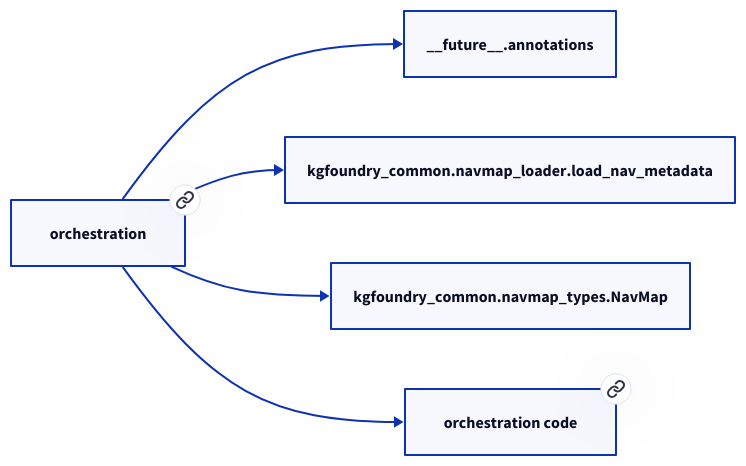
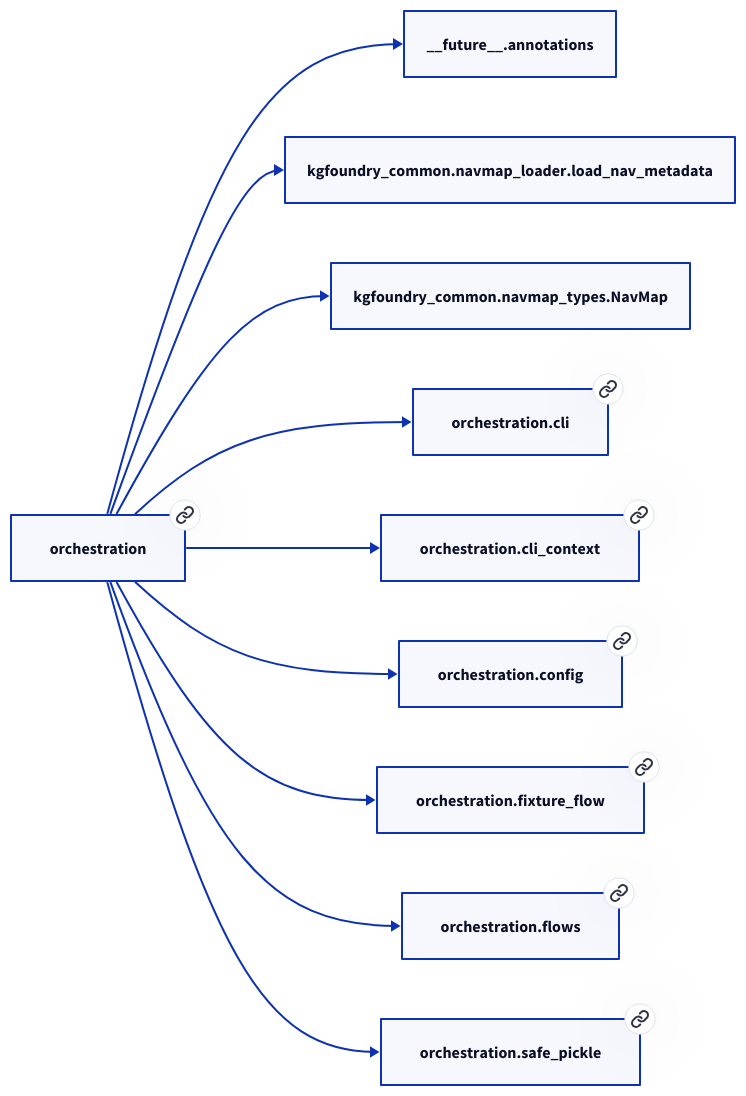
The diagram in docs/modules/orchestration.md (paul-heyse/kgforge), drawn with D2 before and after one commit. The commit also changed other lines of this file and 208 other files, not shown here.

````diff
--- a/docs/modules/orchestration.md
+++ b/docs/modules/orchestration.md
@@ -19,12 +23,22 @@
 ```d2
 direction: right
-"orchestration": "orchestration" { link: "./orchestration.md" }
+"orchestration": "orchestration" { link: "https://github.com/paul-heyse/kgfoundry/blob/main/src/orchestration/__init__.py" }
 "__future__.annotations": "__future__.annotations"
 "orchestration" -> "__future__.annotations"
 "kgfoundry_common.navmap_loader.load_nav_metadata": "kgfoundry_common.navmap_loader.load_nav_metadata"
 "orchestration" -> "kgfoundry_common.navmap_loader.load_nav_metadata"
 "kgfoundry_common.navmap_types.NavMap": "kgfoundry_common.navmap_types.NavMap"
 "orchestration" -> "kgfoundry_common.navmap_types.NavMap"
-"orchestration_code": "orchestration code" { link: "https://github.com/kgfoundry/kgfoundry/blob/main/src/orchestration/__init__.py" }
-"orchestration" -> "orchestration_code" { style: dashed }
+"orchestration.cli": "orchestration.cli" { link: "https://github.com/paul-heyse/kgfoundry/blob/main/src/orchestration/cli.py" }
+"orchestration" -> "orchestration.cli" { style: dashed }
+"orchestration.cli_context": "orchestration.cli_context" { link: "https://github.com/paul-heyse/kgfoundry/blob/main/src/orchestration/cli_context.py" }
+"orchestration" -> "orchestration.cli_context" { style: dashed }
+"orchestration.config": "orchestration.config" { link: "https://github.com/paul-heyse/kgfoundry/blob/main/src/orchestration/config.py" }
+"orchestration" -> "orchestration.config" { style: dashed }
+"orchestration.fixture_flow": "orchestration.fixture_flow" { link: "https://github.com/paul-heyse/kgfoundry/blob/main/src/orchestration/fixture_flow.py" }
+"orchestration" -> "orchestration.fixture_flow" { style: dashed }
+"orchestration.flows": "orchestration.flows" { link: "https://github.com/paul-heyse/kgfoundry/blob/main/src/orchestration/flows.py" }
+"orchestration" -> "orchestration.flows" { style: dashed }
+"orchestration.safe_pickle": "orchestration.safe_pickle" { link: "https://github.com/paul-heyse/kgfoundry/blob/main/src/orchestration/safe_pickle.py" }
+"orchestration" -> "orchestration.safe_pickle" { style: dashed }
 ```
````
